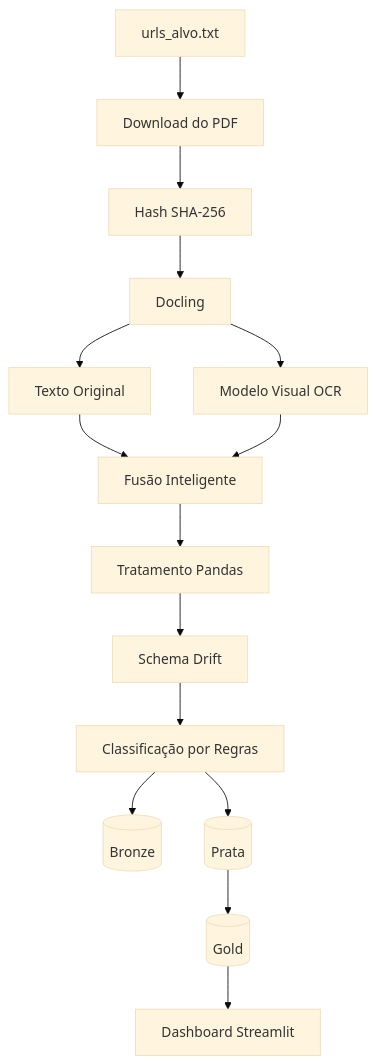
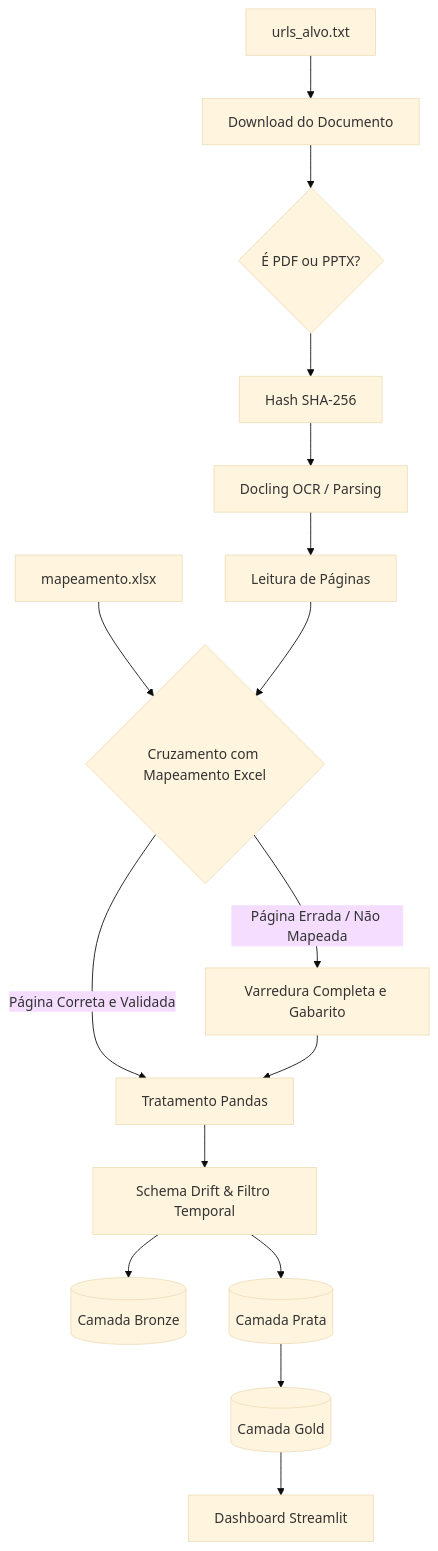
Before and after one commit to maracatu-machine-lab/observatorio-de-dados-publicos: the diagram in pipeline_nao_estruturado/README.md, drawn with Mermaid (base theme). The commit also changed other lines of this file, not shown here.

````diff
--- a/pipeline_nao_estruturado/README.md
+++ b/pipeline_nao_estruturado/README.md
@@ -153,34 +163,27 @@
 ```mermaid
 flowchart TD
 
 A[urls_alvo.txt]
+A2[mapeamento.xlsx]
 
-A --> B[Download do PDF]
+A --> B[Download do Documento]
+B --> C{É PDF ou PPTX?}
+C --> D[Hash SHA-256]
 
-B --> C[Hash SHA-256]
+A2 --> G
+D --> E[Docling OCR / Parsing]
 
-C --> D[Docling]
+E --> F[Leitura de Páginas]
+F --> G{Cruzamento com Mapeamento Excel}
 
-D --> E[Texto Original]
+G -->|Página Correta e Validada| H[Tratamento Pandas]
+G -->|Página Errada / Não Mapeada| I[Varredura Completa e Gabarito]
+I --> H
 
-D --> F[Modelo Visual OCR]
-
-E --> G[Fusão Inteligente]
-
-F --> G
-
-G --> H[Tratamento Pandas]
-
-H --> I[Schema Drift]
-
-I --> J[Classificação por Regras]
-
-J --> K[(Bronze)]
-
-J --> L[(Prata)]
-
-L --> M[(Gold)]
-
+H --> J[Schema Drift & Filtro Temporal]
+J --> K[(Camada Bronze)]
+J --> L[(Camada Prata)]
+L --> M[(Camada Gold)]
 M --> N[Dashboard Streamlit]
 
 ```
````
